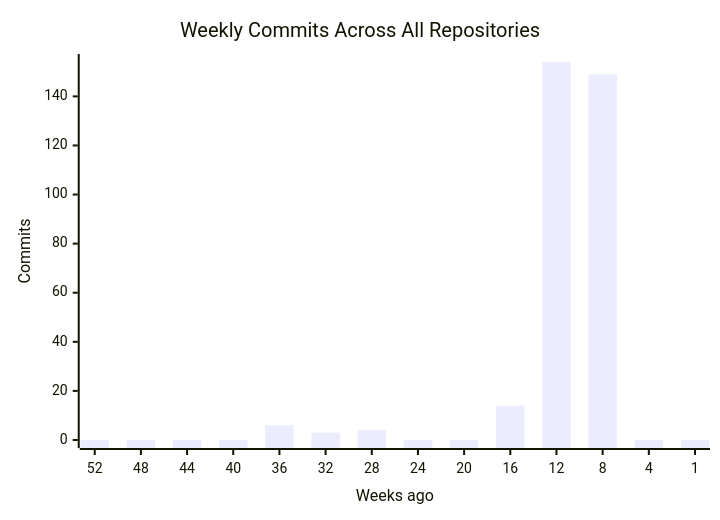
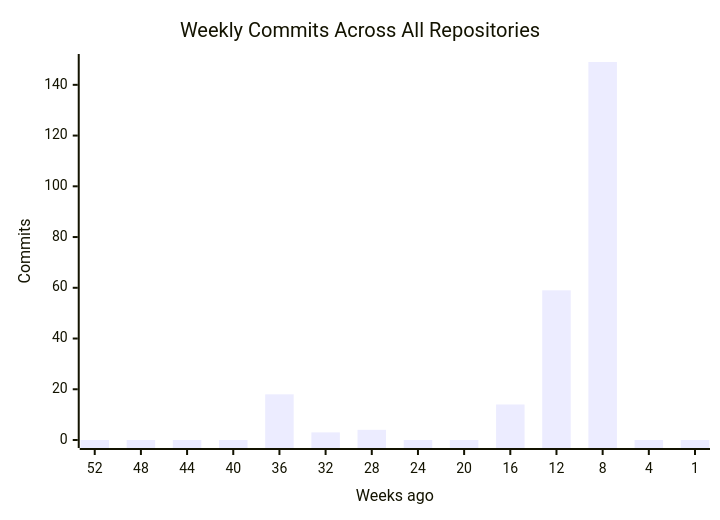
The first of 4 diagrams in profile/README.md (CSTH-Projects/.github), drawn with Mermaid before and after one commit. The commit also changed other lines of this file, not shown here.

````diff
--- a/profile/README.md
+++ b/profile/README.md
@@ -16,7 +16,7 @@
 ```mermaid
 xychart-beta
     title "Weekly Commits Across All Repositories"
     x-axis "Weeks ago" [52, 48, 44, 40, 36, 32, 28, 24, 20, 16, 12, 8, 4, 1]
     y-axis "Commits"
-    bar [0, 0, 0, 0, 6, 3, 4, 0, 0, 14, 154, 149, 0, 0]
+    bar [0, 0, 0, 0, 18, 3, 4, 0, 0, 14, 59, 149, 0, 0]
 ```
````
